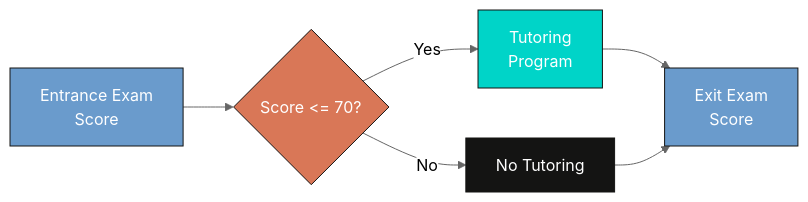
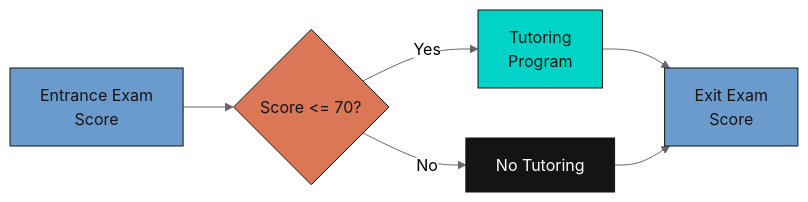
One commit to cmg777/starter-academic-v501 changed the first of 2 diagrams in content/post/stata_rd/index.md. Above: the diagram before and after it, drawn with Mermaid (neutral theme). The commit also changed other lines of this file and 67 other files, not shown here.

First line of the commit message:
fix(mermaid): readable diagram text in both themes across the site

````diff
--- a/content/post/stata_rd/index.md
+++ b/content/post/stata_rd/index.md
@@ -69,13 +69,14 @@
 ```mermaid
 graph LR
     A["Entrance Exam<br/>Score"] --> B{"Score <= 70?"}
     B -- Yes --> C["Tutoring<br/>Program"]
     B -- No --> D["No Tutoring"]
     C --> E["Exit Exam<br/>Score"]
     D --> E
-    style A fill:#6a9bcc,stroke:#141413,color:#fff
-    style B fill:#d97757,stroke:#141413,color:#fff
-    style C fill:#00d4c8,stroke:#141413,color:#fff
+    style A fill:#6a9bcc,stroke:#141413,color:#141413
+    classDef sty_B fill:#d97757,stroke:#141413,color:#141413
+    class B sty_B
+    style C fill:#00d4c8,stroke:#141413,color:#141413
     style D fill:#141413,stroke:#141413,color:#fff
-    style E fill:#6a9bcc,stroke:#141413,color:#fff
+    style E fill:#6a9bcc,stroke:#141413,color:#141413
 ```
````
